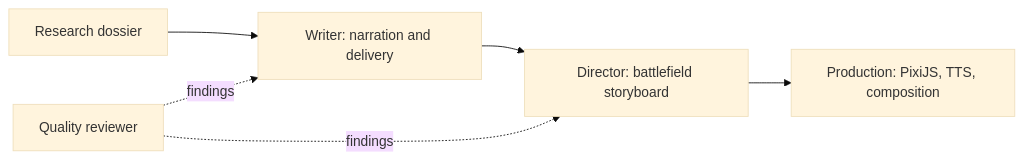
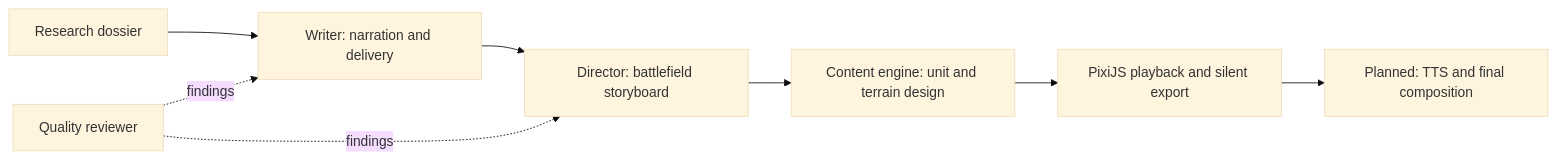
One commit to ammar-adel222/Content-Machine changed the diagram in docs/PIPELINE_ARCHITECTURE.md. Above: the diagram before and after it, drawn with Mermaid (base theme). The commit also changed other lines of this file and 42 other files, not shown here.

Commit message:
feat: add PixiJS content engine with Qwen visuals and Gemini fallback

````diff
--- a/docs/PIPELINE_ARCHITECTURE.md
+++ b/docs/PIPELINE_ARCHITECTURE.md
@@ -5,8 +5,10 @@
 ```mermaid
 flowchart LR
     R[Research dossier] --> W[Writer: narration and delivery]
     W --> D[Director: battlefield storyboard]
-    D --> P[Production: PixiJS, TTS, composition]
+    D --> V[Content engine: unit and terrain design]
+    V --> P[PixiJS playback and silent export]
+    P --> A[Planned: TTS and final composition]
     Q[Quality reviewer] -. findings .-> W
     Q -. findings .-> D
 ```
````
